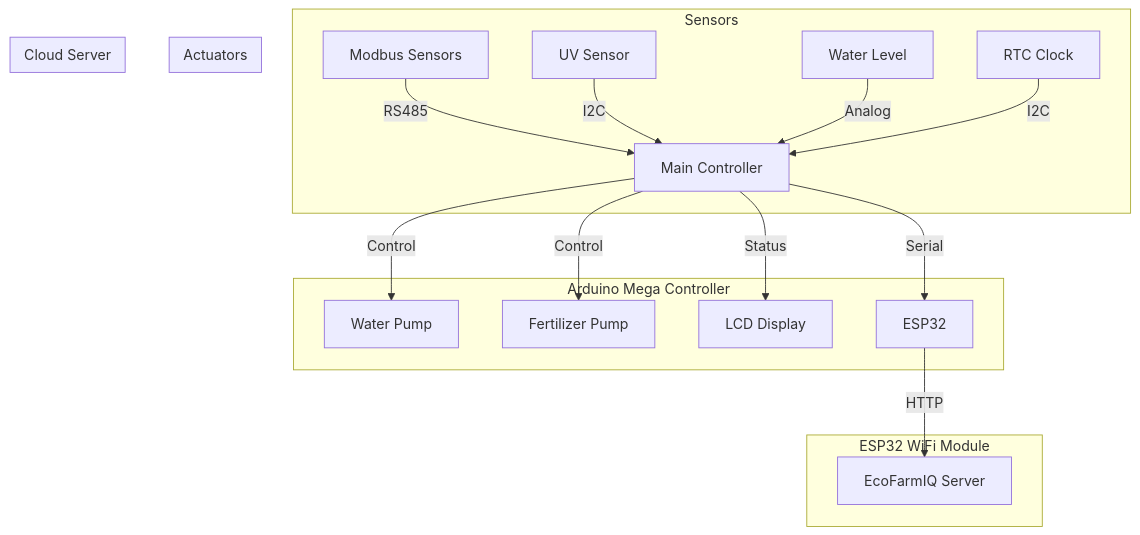
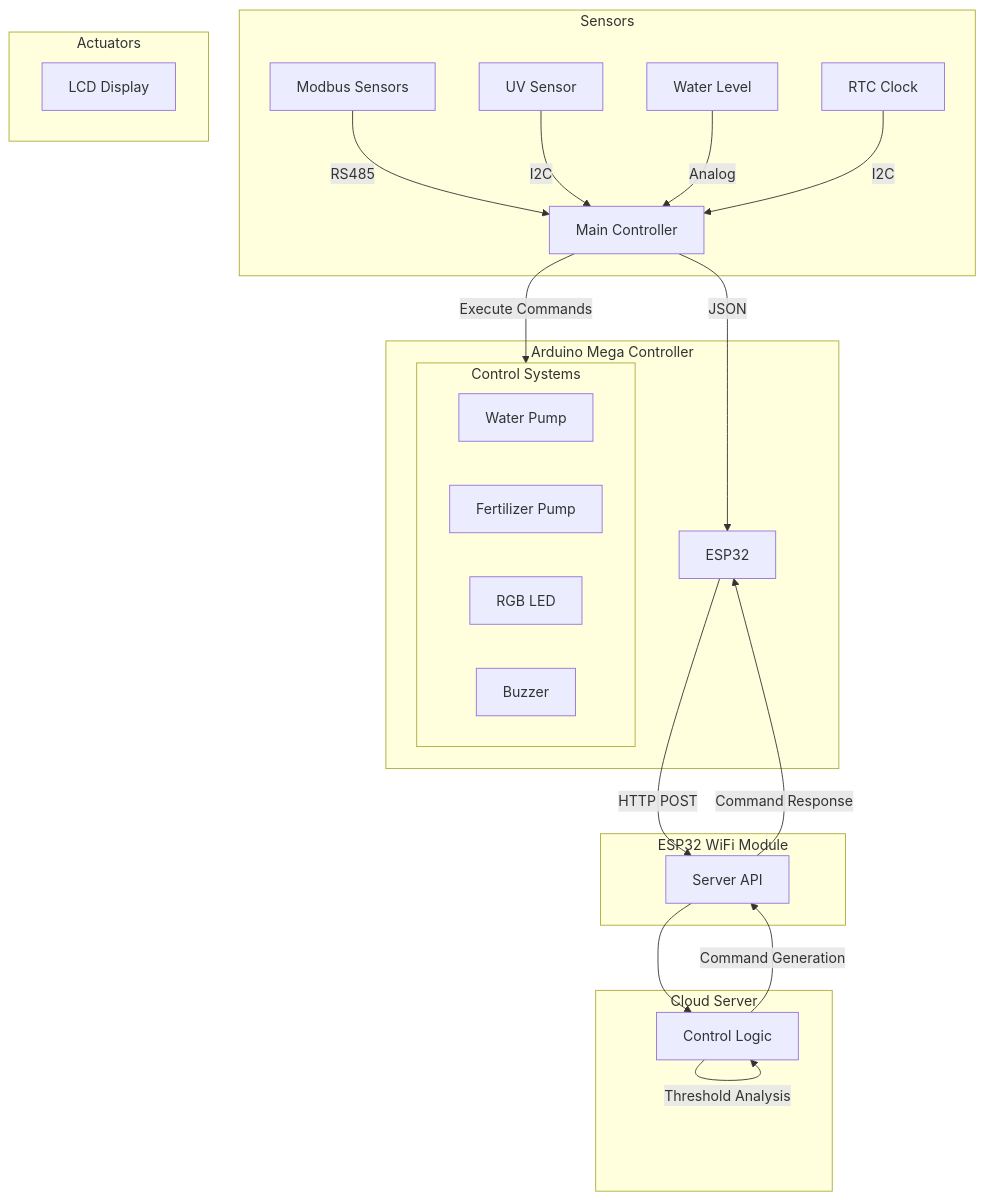
One commit to Hayle-HB/ecofarmIQ_AASTU changed the second of 3 diagrams in IOT_Firmware/IOT_Firmware_ReadMe.md. Above: the diagram before and after it, drawn with Mermaid. The commit also changed other lines of this file and 6 other files, not shown here.

````diff
--- a/IOT_Firmware/IOT_Firmware_ReadMe.md
+++ b/IOT_Firmware/IOT_Firmware_ReadMe.md
@@ -18,30 +19,35 @@
 ```mermaid
 graph TD
     subgraph Sensors
         A1[Modbus Sensors] --> |RS485| AM
         A2[UV Sensor] --> |I2C| AM
         A3[Water Level] --> |Analog| AM
         A4[RTC Clock] --> |I2C| AM
     end
 
     subgraph Arduino Mega[Arduino Mega Controller]
-        AM[Main Controller] --> |Control| P1
-        AM --> |Control| P2
-        AM --> |Status| LCD
-        AM --> |Serial| ESP
+        AM[Main Controller] --> |JSON| ESP
+        AM --> |Execute Commands| ACT
     end
 
-    subgraph Actuators
-        P1[Water Pump]
-        P2[Fertilizer Pump]
+    subgraph Actuators[Actuators]
+        subgraph ACT[Control Systems]
+            P1[Water Pump]
+            P2[Fertilizer Pump]
+            LED[RGB LED]
+            BUZ[Buzzer]
+        end
         LCD[LCD Display]
     end
 
     subgraph ESP32[ESP32 WiFi Module]
-        ESP[ESP32] --> |HTTP| SRV
+        ESP[ESP32] --> |HTTP POST| API
+        API[Server API] --> |Command Response| ESP
     end
 
     subgraph Server[Cloud Server]
-        SRV[EcoFarmIQ Server]
+        API --> CTRL[Control Logic]
+        CTRL --> |Threshold Analysis| CTRL
+        CTRL --> |Command Generation| API
     end
 ```
````
